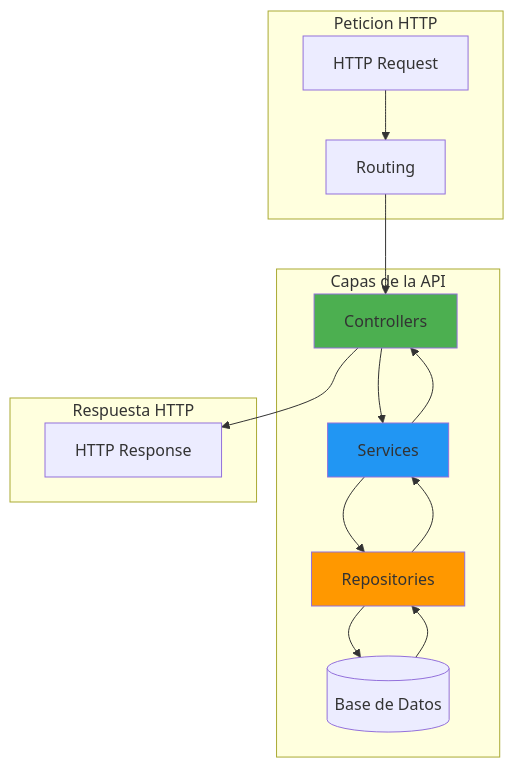
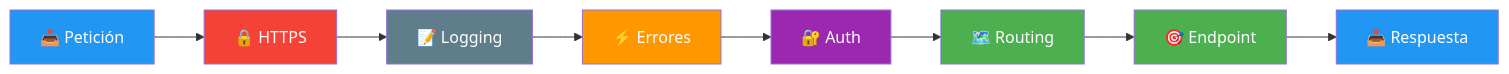
The fourth of 6 diagrams in 05-arquitectura-pipeline.md (joseluisgs/DesarrolloWebEntornosServidor-02-2026-2027), drawn with Mermaid before and after one commit. The commit also changed other lines of this file, not shown here.

First line of the commit message:
[docs] Reescribe punto 05: Arquitectura y Pipeline HTTP

````diff
--- a/05-arquitectura-pipeline.md
+++ b/05-arquitectura-pipeline.md
@@ -511,24 +168,18 @@
 ```mermaid
-flowchart TD
-    subgraph "Peticion HTTP"
-        A[HTTP Request] --> B[Routing]
-    end
-    
-    subgraph "Capas de la API"
-        B --> C[Controllers]
-        C --> D[Services]
-        D --> E[Repositories]
-        E --> F[(Base de Datos)]
-    end
-    
-    subgraph "Respuesta HTTP"
-        F --> E
-        E --> D
-        D --> C
-        C --> G[HTTP Response]
-    end
-    
-    style C fill:#4CAF50
-    style D fill:#2196F3
-    style E fill:#FF9800
+flowchart LR
+    A["📥 Petición"] --> B["🔒 HTTPS"]
+    B --> C["📝 Logging"]
+    C --> D["⚡ Errores"]
+    D --> E["🔐 Auth"]
+    E --> F["🗺️ Routing"]
+    F --> G["🎯 Endpoint"]
+    G --> H["📤 Respuesta"]
+    style A fill:#2196F3,color:#fff
+    style B fill:#f44336,color:#fff
+    style C fill:#607D8B,color:#fff
+    style D fill:#FF9800,color:#fff
+    style E fill:#9C27B0,color:#fff
+    style F fill:#4CAF50,color:#fff
+    style G fill:#4CAF50,color:#fff
+    style H fill:#2196F3,color:#fff
 ```
````
